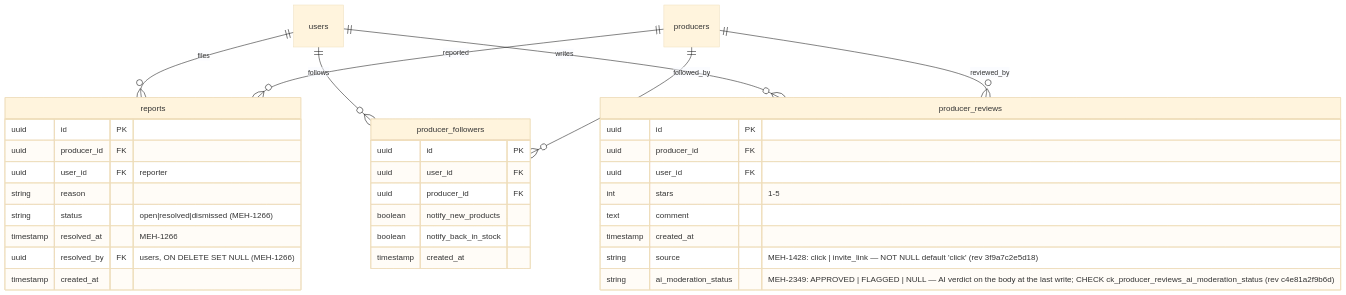
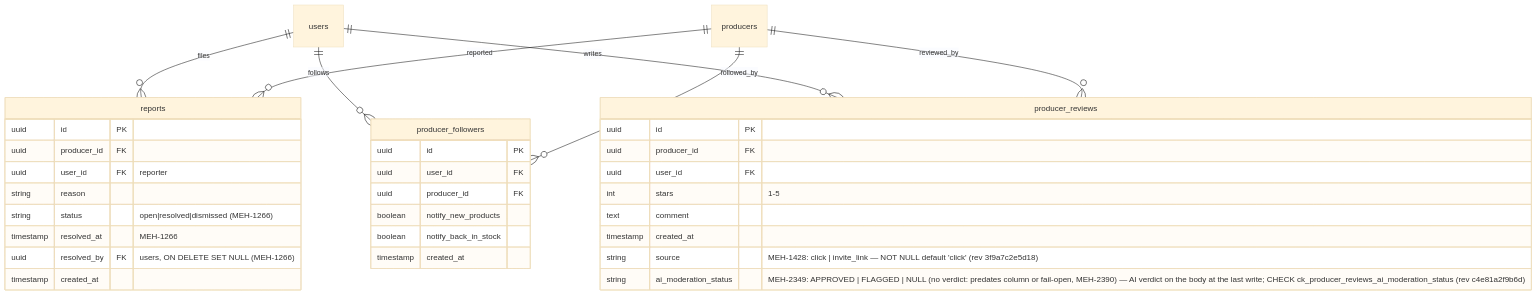
Before and after one commit to levismadar80-ship-it/FoodMamkor: the third of 4 diagrams in .ai/diagrams/db-schema.md, drawn with Mermaid (base theme). The commit also changed 2 other files, not shown here.

Commit message:
docs(reviews): model comment, ADMIN.md and schema diagram say fail-open is NULL
Three places still described a review fail-open as stored APPROVED.

Refs MEH-2390

Builder-Model: claude-opus-5-5

Claude-Session: https://claude.ai/code/session_01TK3ZuahENe7KwRnZee9DKb

````diff
--- a/.ai/diagrams/db-schema.md
+++ b/.ai/diagrams/db-schema.md
@@ -272,40 +272,40 @@
 ```mermaid
 erDiagram
     users ||--o{ reports : "files"
     users ||--o{ producer_followers : "follows"
     users ||--o{ producer_reviews : "writes"
     producers ||--o{ reports : "reported"
     producers ||--o{ producer_followers : "followed_by"
     producers ||--o{ producer_reviews : "reviewed_by"
 
     reports {
         uuid id PK
         uuid producer_id FK
         uuid user_id FK "reporter"
         string reason
         string status "open|resolved|dismissed (MEH-1266)"
         timestamp resolved_at "MEH-1266"
         uuid resolved_by FK "users, ON DELETE SET NULL (MEH-1266)"
         timestamp created_at
     }
 
     producer_followers {
         uuid id PK
         uuid user_id FK
         uuid producer_id FK
         boolean notify_new_products
         boolean notify_back_in_stock
         timestamp created_at
     }
 
     producer_reviews {
         uuid id PK
         uuid producer_id FK
         uuid user_id FK
         int stars "1-5"
         text comment
         timestamp created_at
         string source "MEH-1428: click | invite_link — NOT NULL default 'click' (rev 3f9a7c2e5d18)"
-        string ai_moderation_status "MEH-2349: APPROVED | FLAGGED | NULL — AI verdict on the body at the last write; CHECK ck_producer_reviews_ai_moderation_status (rev c4e81a2f9b6d)"
+        string ai_moderation_status "MEH-2349: APPROVED | FLAGGED | NULL (no verdict: predates column or fail-open, MEH-2390) — AI verdict on the body at the last write; CHECK ck_producer_reviews_ai_moderation_status (rev c4e81a2f9b6d)"
     }
 ```
````
